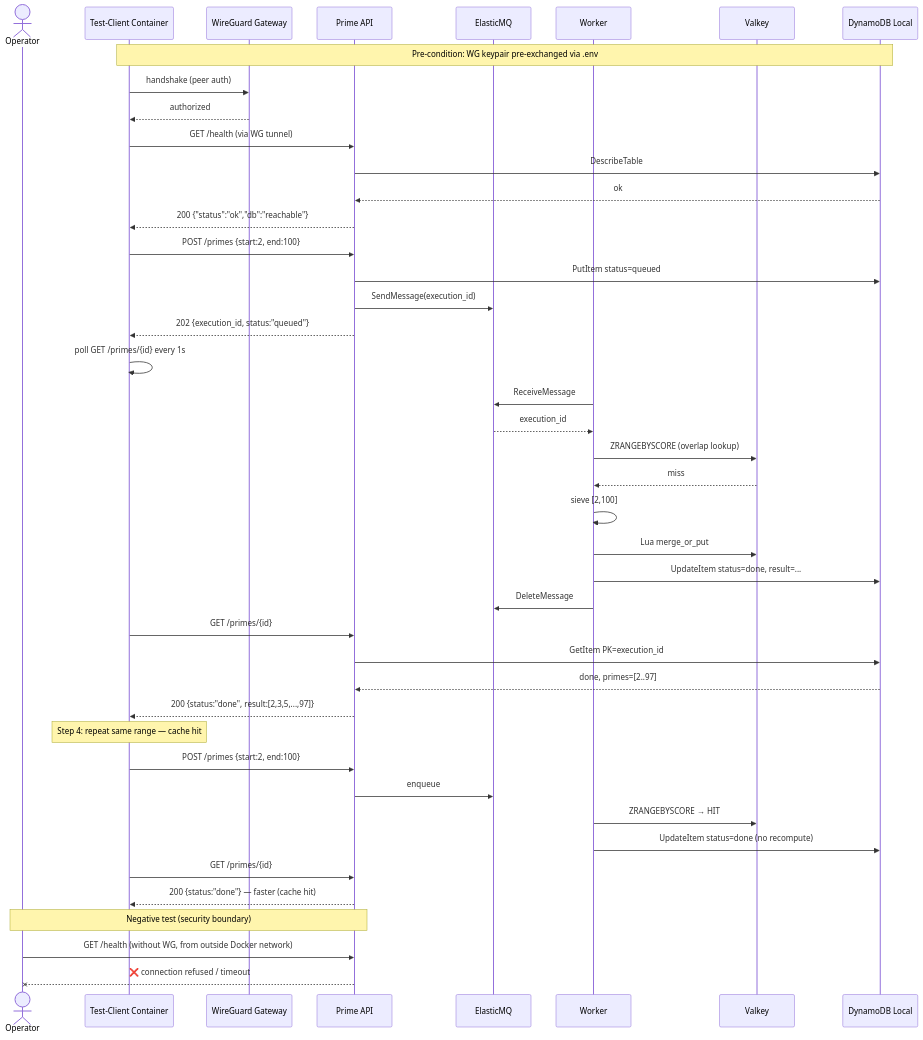
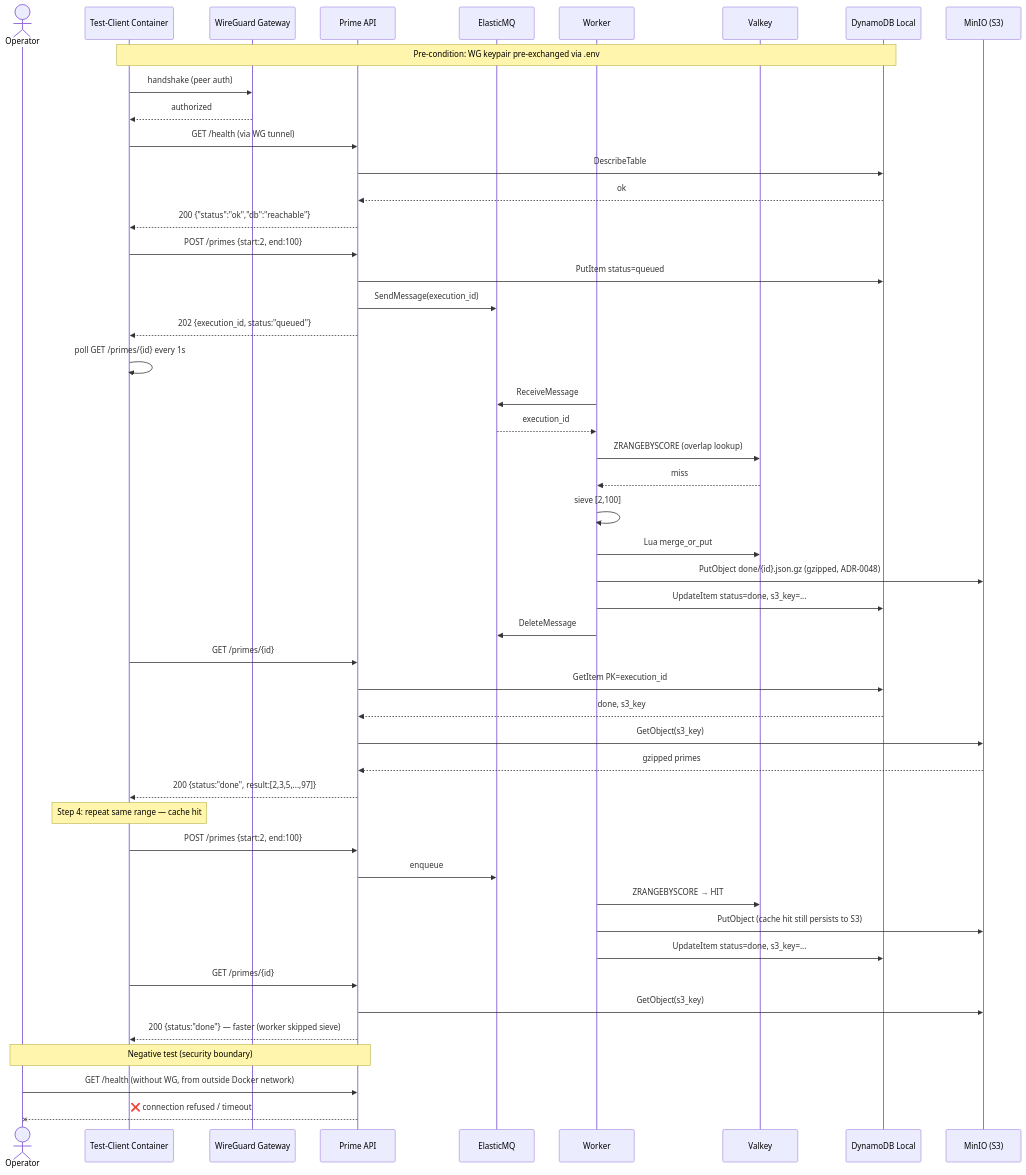
Before and after one commit to BinHsu/aegis-enclave: the third of 3 diagrams in README.md, drawn with Mermaid. The commit also changed 1 other file, not shown here.

Commit message:
docs: correct result-store read path in ADR-0049 + README smoke diagram
ADR-0049: the GET read path is S3-by-s3_key then recompute-on-miss, not a
three-tier cache->S3->recompute. The Valkey cache is the worker's
compute-avoidance layer (checked before sieving), not a GET read tier —
matched against the actual main.py GET handler (no cache read) and worker.py
(get_covering_slice before sieve).

README local smoke sequence: add the MinIO (S3) participant and route the
result through it (worker PutObject + DDB s3_key pointer; GET GetObject) —
closes a pre-existing ADR-0048 staleness where the diagram showed the primes
list written to / read from DynamoDB directly.

````diff
--- a/README.md
+++ b/README.md
@@ -379,52 +379,58 @@
 ```mermaid
 sequenceDiagram
     actor Op as Operator
     participant TC as Test-Client Container
     participant WG as WireGuard Gateway
     participant API as Prime API
     participant SQS as ElasticMQ
     participant WK as Worker
     participant VK as Valkey
     participant DB as DynamoDB Local
+    participant S3 as MinIO (S3)
 
     Note over TC,DB: Pre-condition: WG keypair pre-exchanged via .env
 
     TC->>WG: handshake (peer auth)
     WG-->>TC: authorized
 
     TC->>API: GET /health (via WG tunnel)
     API->>DB: DescribeTable
     DB-->>API: ok
     API-->>TC: 200 {"status":"ok","db":"reachable"}
 
     TC->>API: POST /primes {start:2, end:100}
     API->>DB: PutItem status=queued
     API->>SQS: SendMessage(execution_id)
     API-->>TC: 202 {execution_id, status:"queued"}
 
     TC->>TC: poll GET /primes/{id} every 1s
     WK->>SQS: ReceiveMessage
     SQS-->>WK: execution_id
     WK->>VK: ZRANGEBYSCORE (overlap lookup)
     VK-->>WK: miss
     WK->>WK: sieve [2,100]
     WK->>VK: Lua merge_or_put
-    WK->>DB: UpdateItem status=done, result=...
+    WK->>S3: PutObject done/{id}.json.gz (gzipped, ADR-0048)
+    WK->>DB: UpdateItem status=done, s3_key=...
     WK->>SQS: DeleteMessage
     TC->>API: GET /primes/{id}
     API->>DB: GetItem PK=execution_id
-    DB-->>API: done, primes=[2..97]
+    DB-->>API: done, s3_key
+    API->>S3: GetObject(s3_key)
+    S3-->>API: gzipped primes
     API-->>TC: 200 {status:"done", result:[2,3,5,...,97]}
 
     Note over TC: Step 4: repeat same range — cache hit
     TC->>API: POST /primes {start:2, end:100}
     API->>SQS: enqueue
     WK->>VK: ZRANGEBYSCORE → HIT
-    WK->>DB: UpdateItem status=done (no recompute)
+    WK->>S3: PutObject (cache hit still persists to S3)
+    WK->>DB: UpdateItem status=done, s3_key=...
     TC->>API: GET /primes/{id}
-    API-->>TC: 200 {status:"done"} — faster (cache hit)
+    API->>S3: GetObject(s3_key)
+    API-->>TC: 200 {status:"done"} — faster (worker skipped sieve)
 
     Note over Op,API: Negative test (security boundary)
     Op->>API: GET /health (without WG, from outside Docker network)
     API--xOp: ❌ connection refused / timeout
 ```
````
